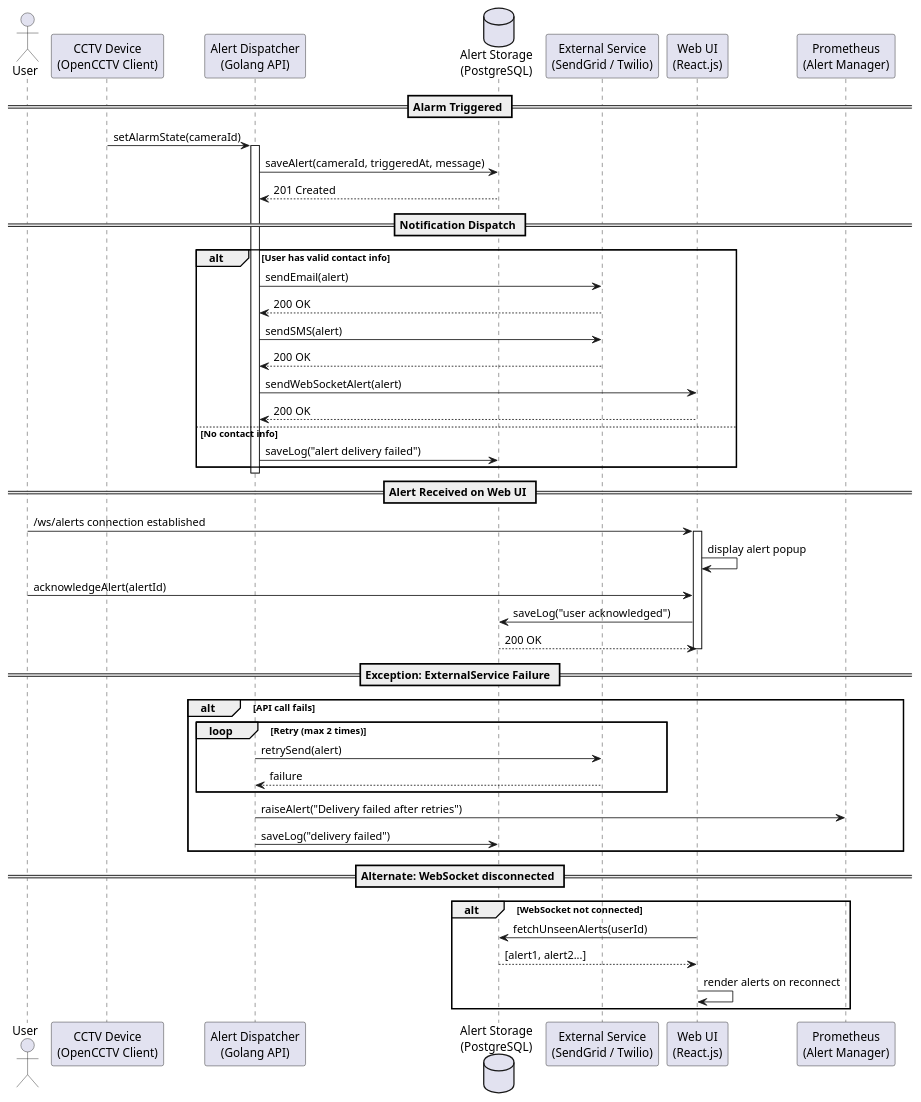
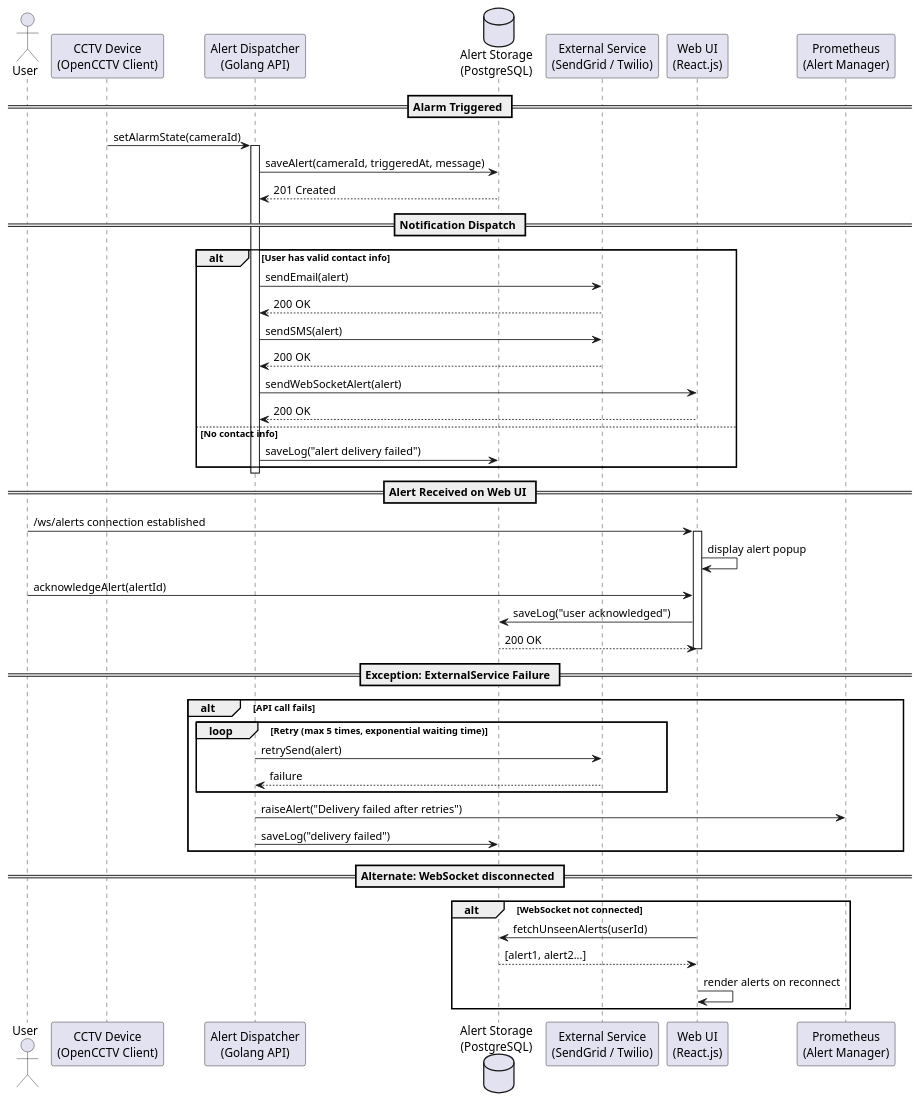
The diagram in 3.2.7_realtime_alert_flow.plantuml (KnightChaser/opencctv-plantuml-storage), drawn with PlantUML before and after one commit.

Commit message:
Update 3.2.7_realtime_alert_flow.plantuml
- Update loop retry count from 2 to 5.

```diff
--- a/3.2.7_realtime_alert_flow.plantuml
+++ b/3.2.7_realtime_alert_flow.plantuml
@@ -1,59 +1,59 @@
 @startuml
 ' 3.2.7_alarm_triggering_and_notification_dispatch.plantuml
 
 actor User
 participant "CCTV Device\n(OpenCCTV Client)" as CCTVDevice
 participant "Alert Dispatcher\n(Golang API)" as AlertDispatcher
 database "Alert Storage\n(PostgreSQL)" as AlertStorage
 participant "External Service\n(SendGrid / Twilio)" as ExternalService
 participant "Web UI\n(React.js)" as WebUI
 participant "Prometheus\n(Alert Manager)" as Prometheus
 
 == Alarm Triggered ==
 CCTVDevice -> AlertDispatcher: setAlarmState(cameraId)
 activate AlertDispatcher
 AlertDispatcher -> AlertStorage: saveAlert(cameraId, triggeredAt, message)
 AlertStorage --> AlertDispatcher: 201 Created
 
 == Notification Dispatch ==
 alt User has valid contact info
   AlertDispatcher -> ExternalService: sendEmail(alert)
   ExternalService --> AlertDispatcher: 200 OK
 
   AlertDispatcher -> ExternalService: sendSMS(alert)
   ExternalService --> AlertDispatcher: 200 OK
 
   AlertDispatcher -> WebUI: sendWebSocketAlert(alert)
   WebUI --> AlertDispatcher: 200 OK
 else No contact info
   AlertDispatcher -> AlertStorage: saveLog("alert delivery failed")
 end
 
 deactivate AlertDispatcher
 
 == Alert Received on Web UI ==
 User -> WebUI: /ws/alerts connection established
 activate WebUI
 WebUI -> WebUI: display alert popup
 User -> WebUI: acknowledgeAlert(alertId)
 WebUI -> AlertStorage: saveLog("user acknowledged")
 AlertStorage --> WebUI: 200 OK
 deactivate WebUI
 
 == Exception: ExternalService Failure ==
 alt API call fails
-  loop Retry (max 2 times)
+  loop Retry (max 5 times, exponential waiting time)
     AlertDispatcher -> ExternalService: retrySend(alert)
     ExternalService --> AlertDispatcher: failure
   end
   AlertDispatcher -> Prometheus: raiseAlert("Delivery failed after retries")
   AlertDispatcher -> AlertStorage: saveLog("delivery failed")
 end
 
 == Alternate: WebSocket disconnected ==
 alt WebSocket not connected
   WebUI -> AlertStorage: fetchUnseenAlerts(userId)
   AlertStorage --> WebUI: [alert1, alert2...]
   WebUI -> WebUI: render alerts on reconnect
 end
 @enduml
```
